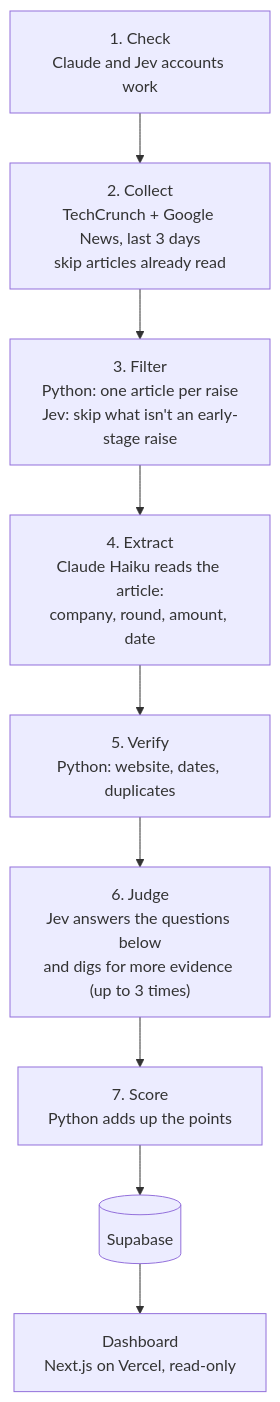
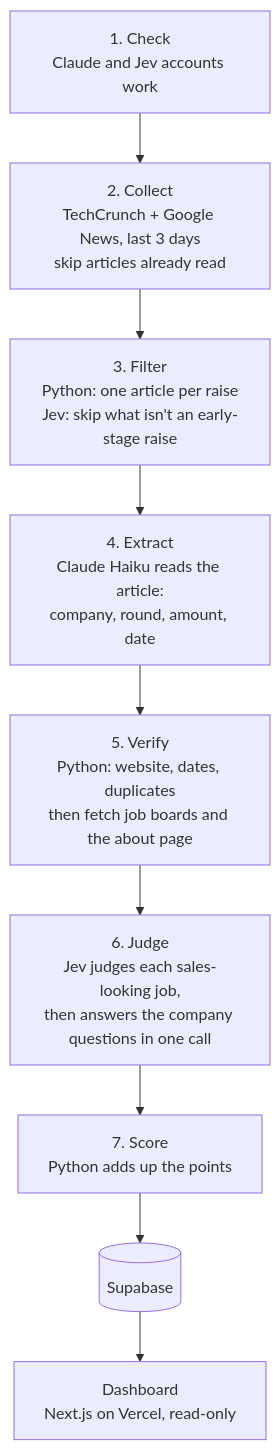
The diagram in README.md (lucarizzo03/raised), drawn with Mermaid before and after one commit. The commit also changed other lines of this file and 20 other files, not shown here.

First line of the commit message:
Remove the investigation loop: one Jev call per company

````diff
--- a/README.md
+++ b/README.md
@@ -14,11 +14,11 @@
 ```mermaid
 flowchart TD
     A["1. Check<br/>Claude and Jev accounts work"] --> B
     B["2. Collect<br/>TechCrunch + Google News, last 3 days<br/>skip articles already read"] --> C
     C["3. Filter<br/>Python: one article per raise<br/>Jev: skip what isn't an early-stage raise"] --> D
     D["4. Extract<br/>Claude Haiku reads the article:<br/>company, round, amount, date"] --> E
-    E["5. Verify<br/>Python: website, dates, duplicates"] --> F
-    F["6. Judge<br/>Jev answers the questions below<br/>and digs for more evidence (up to 3 times)"] --> G
+    E["5. Verify<br/>Python: website, dates, duplicates<br/>then fetch job boards and the about page"] --> F
+    F["6. Judge<br/>Jev judges each sales-looking job,<br/>then answers the company questions in one call"] --> G
     G["7. Score<br/>Python adds up the points"] --> H
     H[("Supabase")] --> I["Dashboard<br/>Next.js on Vercel, read-only"]
 ```
````
